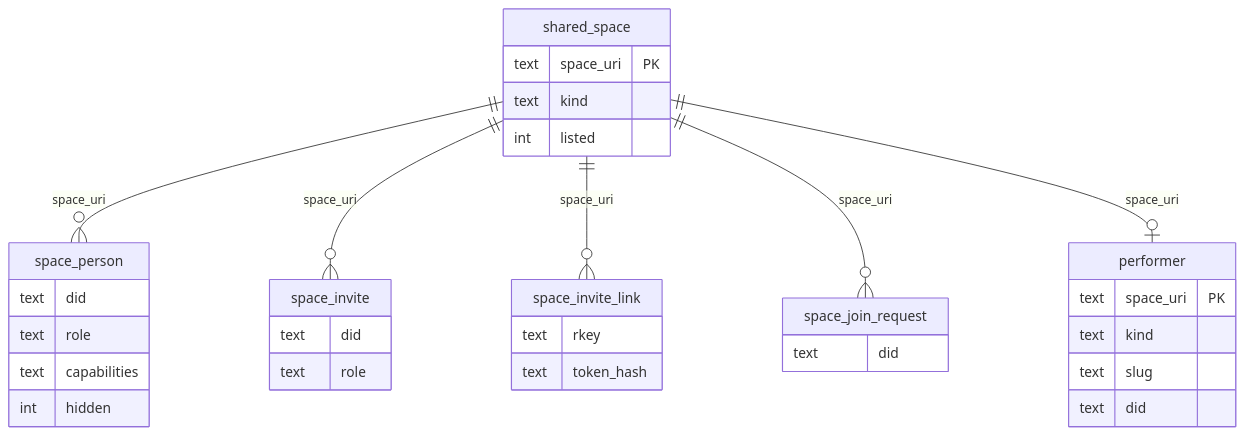
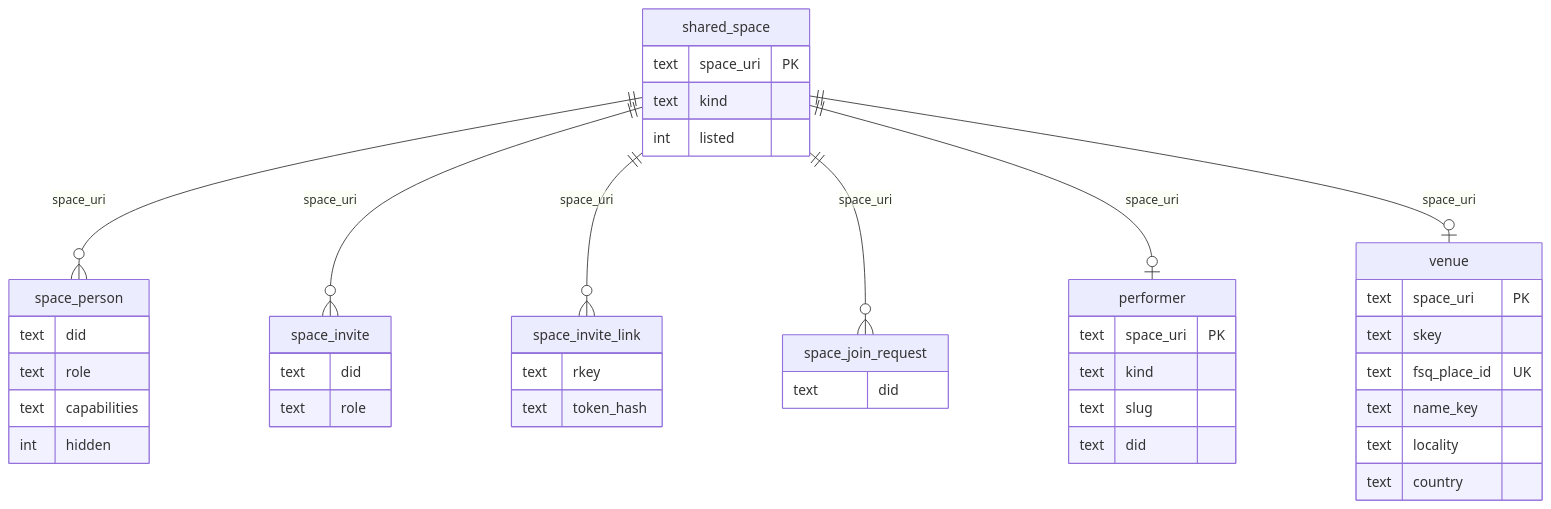
Before and after one commit to cutenode/localnetwork: the ninth of 11 diagrams in apps/web/README.md, drawn with Mermaid. The commit also changed other lines of this file and 38 other files, not shown here.

First line of the commit message:
feat(web): add venue records and the venue picker, addressed by space key

````diff
--- a/apps/web/README.md
+++ b/apps/web/README.md
@@ -641,36 +642,45 @@
 ```mermaid
 erDiagram
   shared_space ||--o{ space_person : "space_uri"
   shared_space ||--o{ space_invite : "space_uri"
   shared_space ||--o{ space_invite_link : "space_uri"
   shared_space ||--o{ space_join_request : "space_uri"
   shared_space ||--o| performer : "space_uri"
+  shared_space ||--o| venue : "space_uri"
   shared_space {
     text space_uri PK
     text kind
     int listed
   }
   space_person {
     text did
     text role
     text capabilities
     int hidden
   }
   space_invite {
     text did
     text role
   }
   space_invite_link {
     text rkey
     text token_hash
   }
   space_join_request {
     text did
   }
   performer {
     text space_uri PK
     text kind
     text slug
     text did
   }
+  venue {
+    text space_uri PK
+    text skey
+    text fsq_place_id UK
+    text name_key
+    text locality
+    text country
+  }
 ```
````
